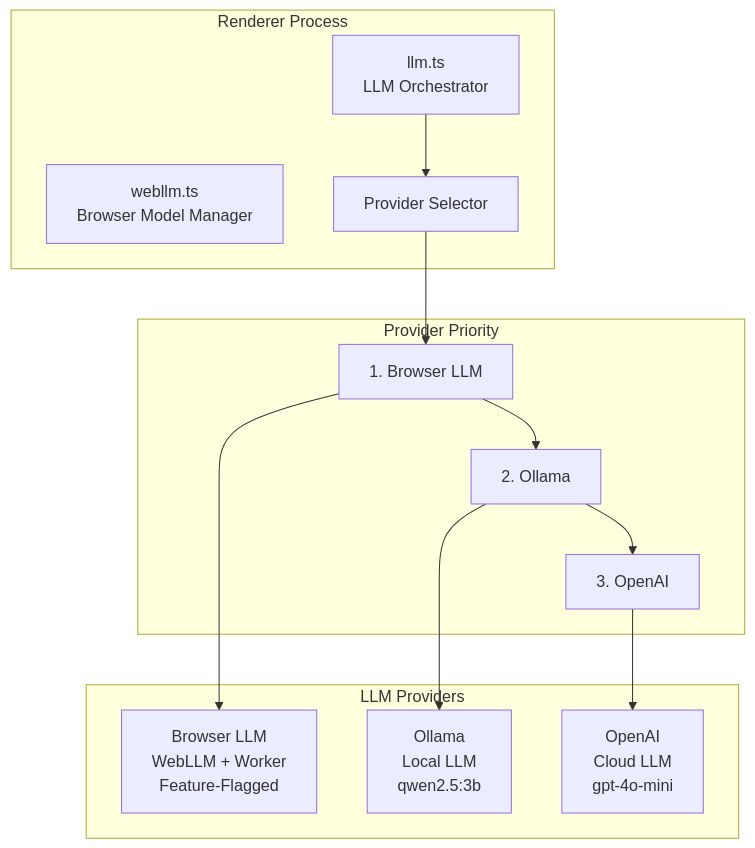
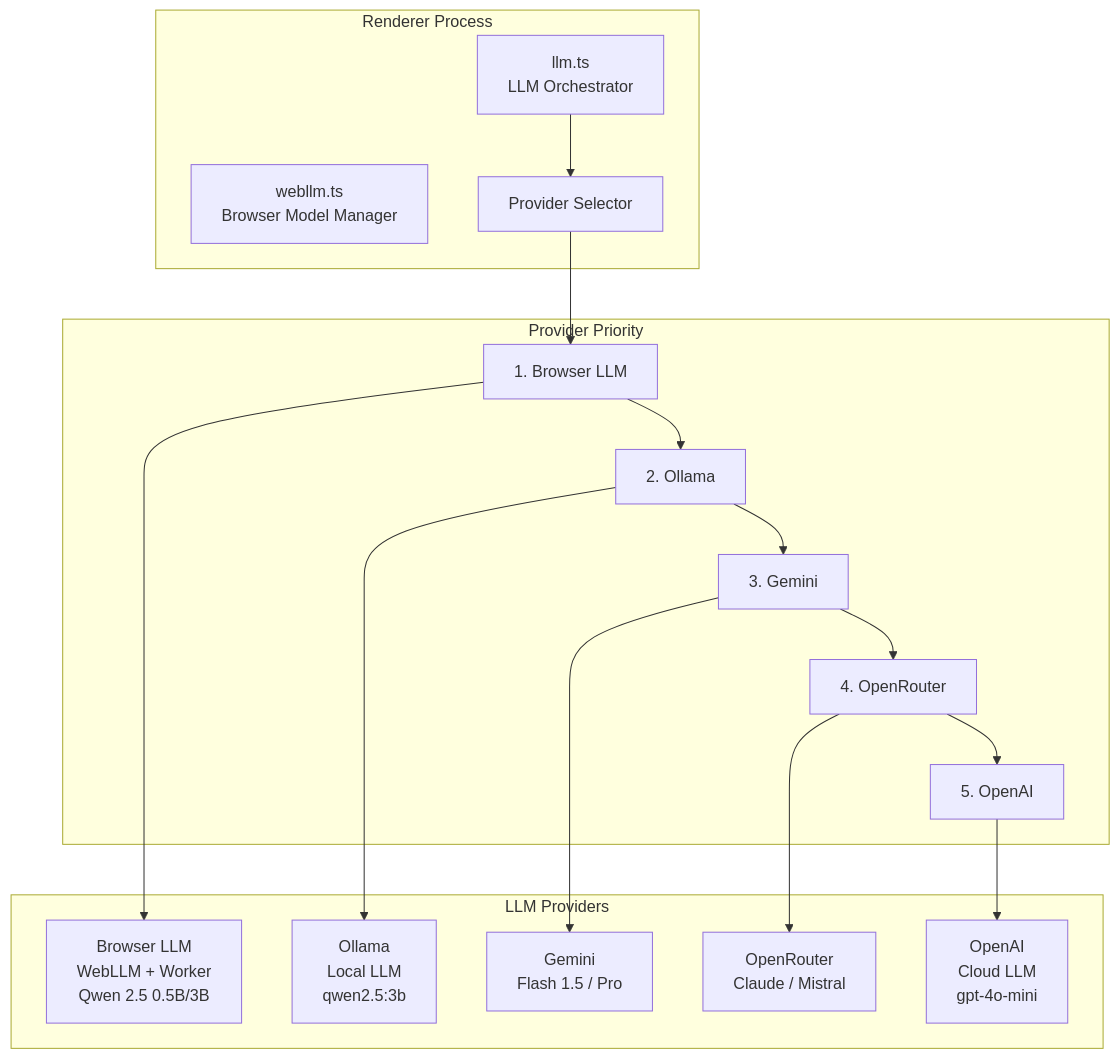
Before and after one commit to meharajM/ai-worker.app: diagram 14 of 23 in architecture.md, drawn with Mermaid. The commit also changed other lines of this file and 1 other file, not shown here.

Commit message:
feat: Introduce recursive multi-agent system with Bun sidecar, update architecture documentation, and add logging, new UI components, and expanded LLM providers.

````diff
--- a/architecture.md
+++ b/architecture.md
@@ -537,28 +552,36 @@
 ```mermaid
 graph TB
     subgraph "Renderer Process"
         LLMLib[llm.ts<br/>LLM Orchestrator]
         WebLLM[webllm.ts<br/>Browser Model Manager]
         ProviderSelector[Provider Selector]
     end
 
     subgraph "LLM Providers"
-        BrowserLLM[Browser LLM<br/>WebLLM + Worker<br/>Feature-Flagged]
+        BrowserLLM[Browser LLM<br/>WebLLM + Worker<br/>Qwen 2.5 0.5B/3B]
         Ollama[Ollama<br/>Local LLM<br/>qwen2.5:3b]
+        Gemini[Gemini<br/>Flash 1.5 / Pro]
+        OpenRouter[OpenRouter<br/>Claude / Mistral]
         OpenAI[OpenAI<br/>Cloud LLM<br/>gpt-4o-mini]
     end
 
     subgraph "Provider Priority"
         Priority1[1. Browser LLM]
         Priority2[2. Ollama]
-        Priority3[3. OpenAI]
+        Priority3[3. Gemini]
+        Priority4[4. OpenRouter]
+        Priority5[5. OpenAI]
     end
 
     LLMLib --> ProviderSelector
     ProviderSelector --> Priority1
     Priority1 --> BrowserLLM
     Priority1 --> Priority2
     Priority2 --> Ollama
     Priority2 --> Priority3
-    Priority3 --> OpenAI
+    Priority3 --> Gemini
+    Priority3 --> Priority4
+    Priority4 --> OpenRouter
+    Priority4 --> Priority5
+    Priority5 --> OpenAI
 ```
````
